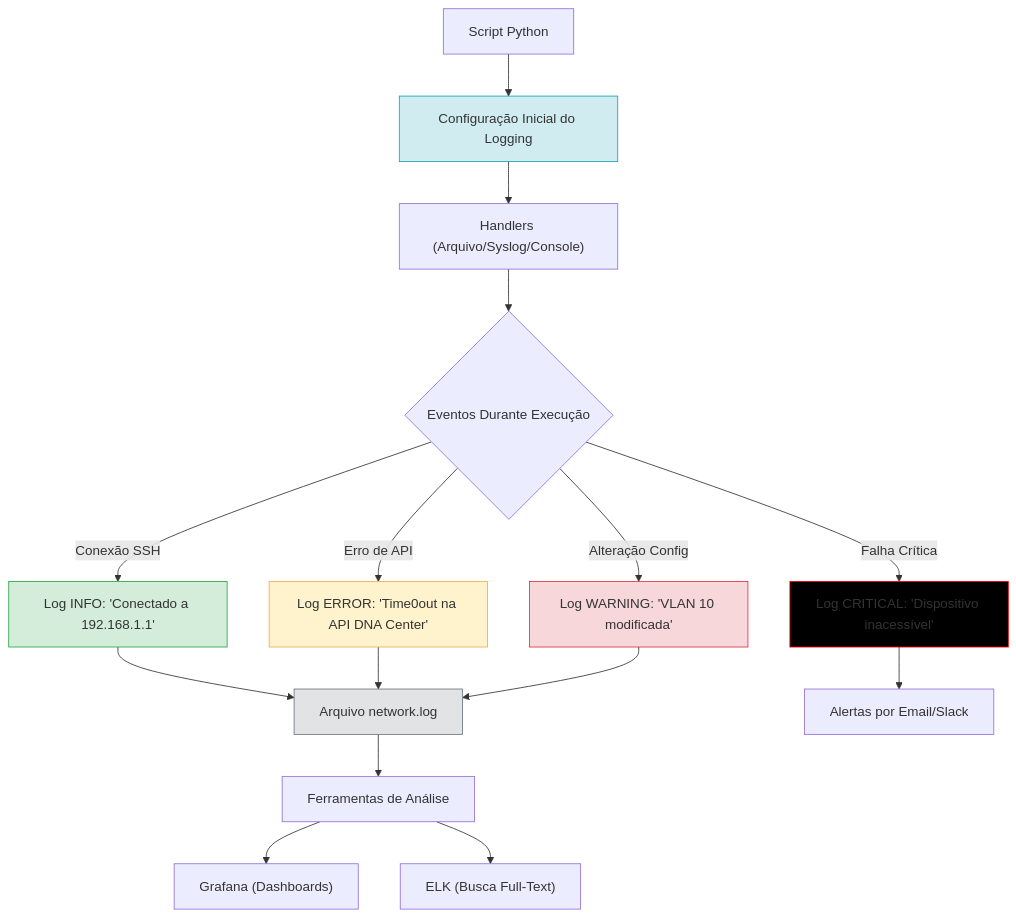
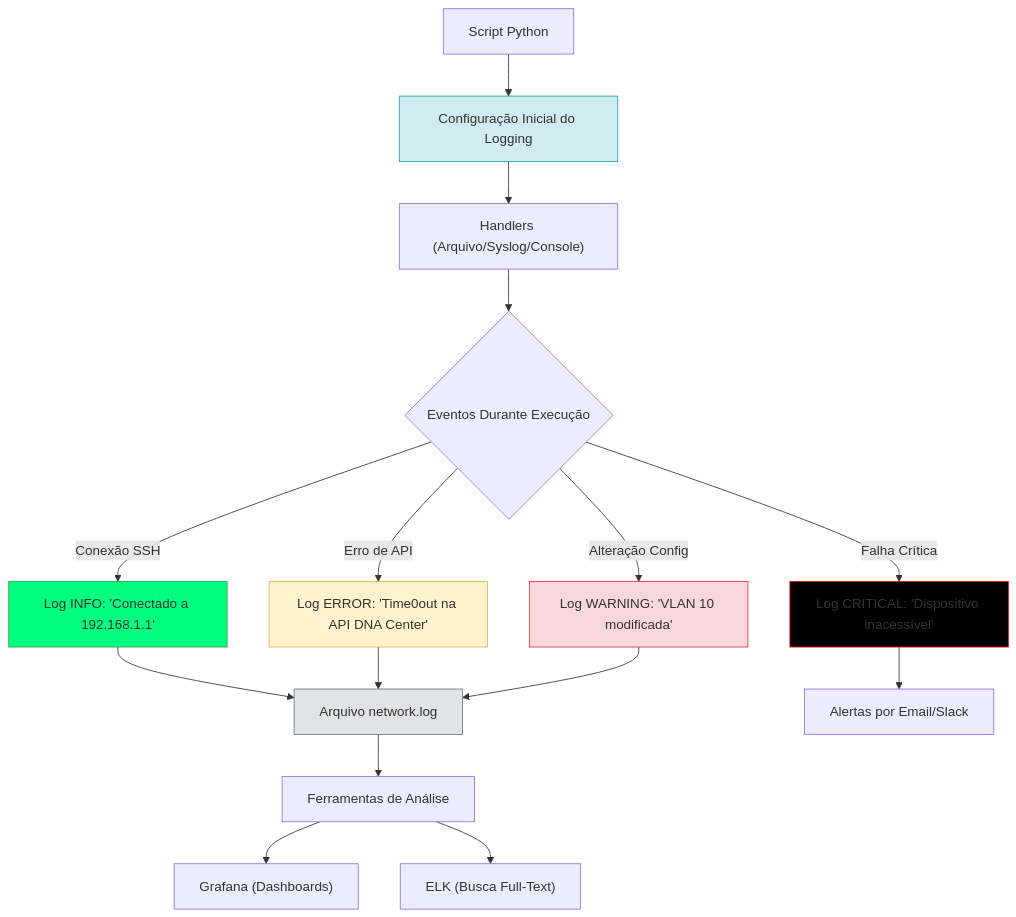
The diagram in CCNP 350-401 ENCOR/06 - Automation/17- Python - Basico 12 - Logging/README.md (alcancil/Cisco), drawn with Mermaid before and after one commit.

Commit message:
Alterado o arquivo README.md

````diff
--- a/CCNP 350-401 ENCOR/06 - Automation/17- Python - Basico 12 - Logging/README.md
+++ b/CCNP 350-401 ENCOR/06 - Automation/17- Python - Basico 12 - Logging/README.md
@@ -32,24 +32,24 @@
 ```mermaid
 graph TB
     A[Script Python] --> B[Configuração Inicial do Logging]
     B --> C["Handlers (Arquivo/Syslog/Console)"]
     C --> D{"Eventos Durante Execução"}
     D -->|Conexão SSH| E[Log INFO: 'Conectado a 192.168.1.1']
     D -->|Erro de API| F[Log ERROR: 'Time0out na API DNA Center']
     D -->|Alteração Config| G[Log WARNING: 'VLAN 10 modificada']
     D -->|Falha Crítica| H[Log CRITICAL: 'Dispositivo inacessível']
     E --> I[Arquivo network.log]
     F --> I
     G --> I
     H --> J[Alertas por Email/Slack]
     I --> K[Ferramentas de Análise]
     K --> L["Grafana (Dashboards)"]
     K --> M["ELK (Busca Full-Text)"]
 
-    style B fill:#d1ecf1,stroke:#17a2b8,color:#1C1C1C  # Configuracao
-    style E fill:#d4edda,stroke:#28a745,color:#000000  # INFO
+    style B fill:#d1ecf1,stroke:#17a2b8,color:#000000  # Configuracao
+    style E fill:#00FF7F,stroke:#28a745,color:#000000  # INFO
     style F fill:#fff3cd,stroke:#f0ad4e,color:#000000  # ERROR
     style G fill:#f8d7da,stroke:#dc3545,color:#000000  # WARNING
     style H fill:#000000,stroke:#ff0000,color:#ffffff  # CRITICAL
     style I fill:#e2e3e5,stroke:#6c757d,color:#000000  # Arquivo
 ```
````
